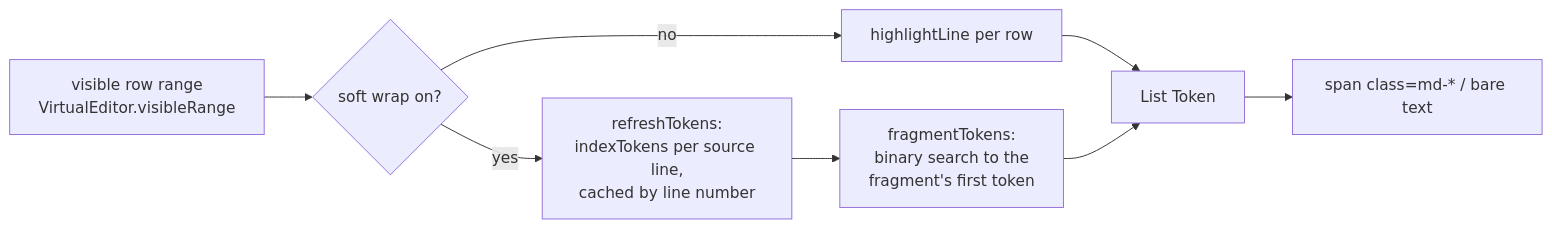
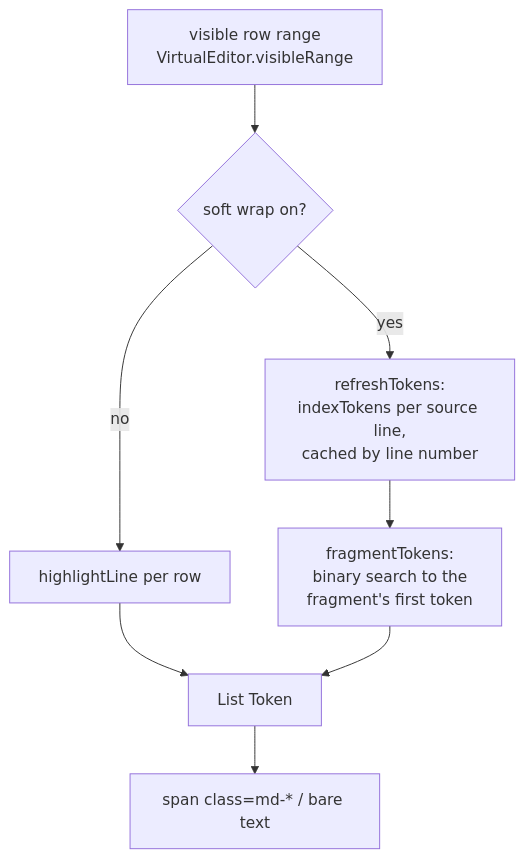
Before and after one commit to HelgeSverre/fence: the second of 4 diagrams in docs/architecture.md, drawn with Mermaid. The commit also changed 8 other files, not shown here.

````diff
--- a/docs/architecture.md
+++ b/docs/architecture.md
@@ -66,10 +66,10 @@
 ```mermaid
-flowchart LR
+flowchart TB
     A["visible row range<br/>VirtualEditor.visibleRange"] --> B{"soft wrap on?"}
     B -- no --> C["highlightLine per row"]
     B -- yes --> D["refreshTokens:<br/>indexTokens per source line,<br/>cached by line number"]
     D --> E["fragmentTokens:<br/>binary search to the<br/>fragment's first token"]
     C --> F["List Token"]
     E --> F
     F --> G["span class=md-* / bare text"]
 ```
````
